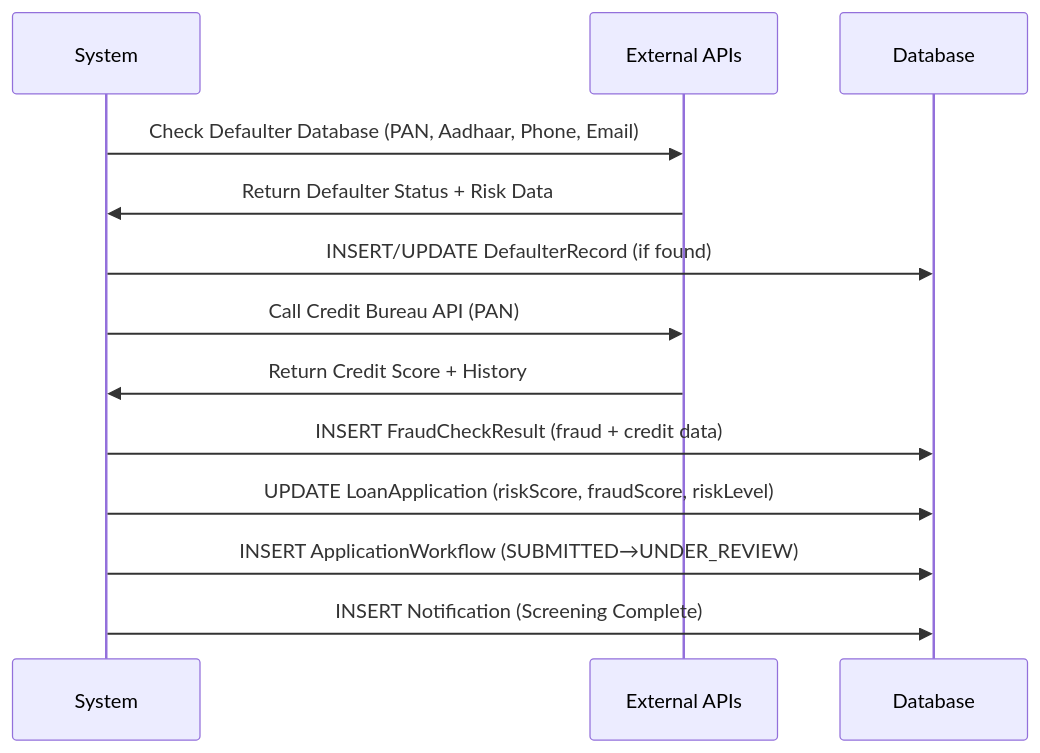
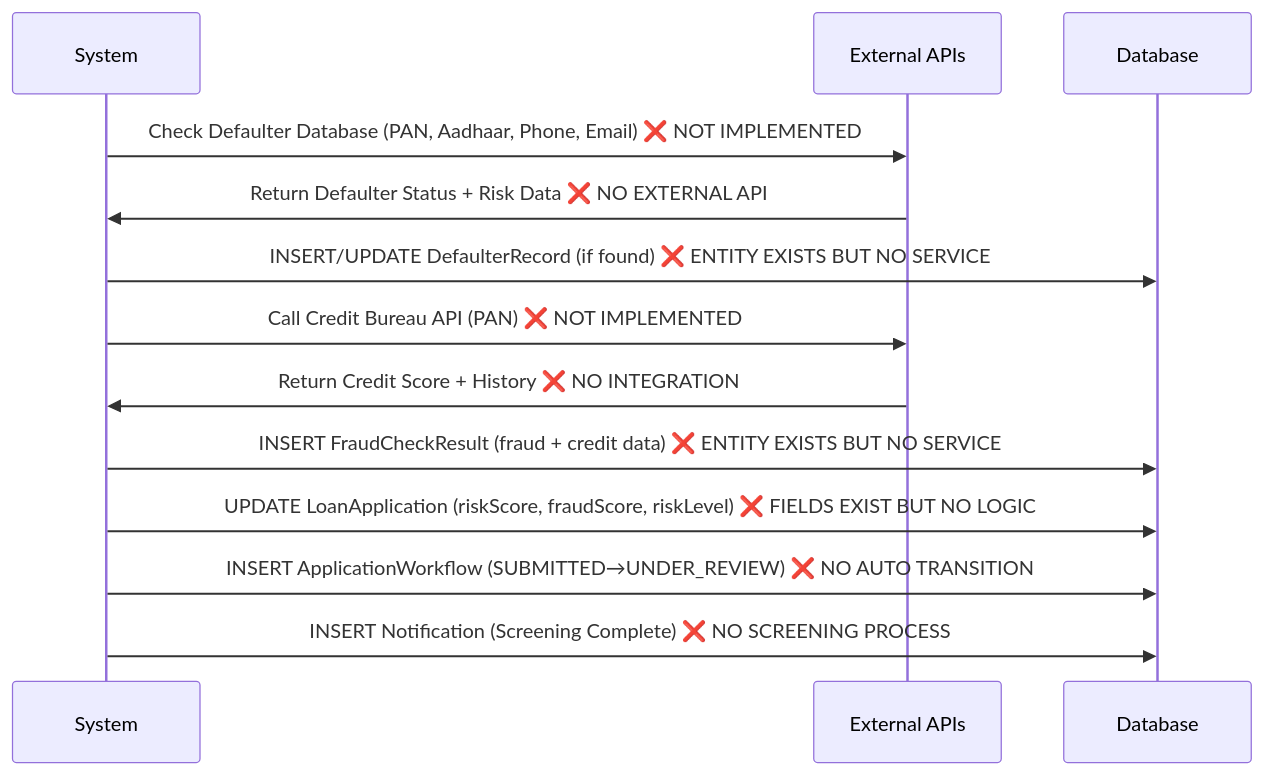
One commit to AshishDabhi1539/Loan_Screening_Project changed the third of 7 diagrams in COMPLETE_DATA_FLOW_ANALYSIS.md. Above: the diagram before and after it, drawn with Mermaid. The commit also changed other lines of this file and 29 other files, not shown here.

````diff
--- a/COMPLETE_DATA_FLOW_ANALYSIS.md
+++ b/COMPLETE_DATA_FLOW_ANALYSIS.md
@@ -80,16 +105,16 @@
 ```mermaid
 sequenceDiagram
     participant S as System
     participant EXT as External APIs
     participant DB as Database
     
-    S->>EXT: Check Defaulter Database (PAN, Aadhaar, Phone, Email)
-    EXT->>S: Return Defaulter Status + Risk Data
-    S->>DB: INSERT/UPDATE DefaulterRecord (if found)
-    S->>EXT: Call Credit Bureau API (PAN)
-    EXT->>S: Return Credit Score + History
-    S->>DB: INSERT FraudCheckResult (fraud + credit data)
-    S->>DB: UPDATE LoanApplication (riskScore, fraudScore, riskLevel)
-    S->>DB: INSERT ApplicationWorkflow (SUBMITTED→UNDER_REVIEW)
-    S->>DB: INSERT Notification (Screening Complete)
+    S->>EXT: Check Defaulter Database (PAN, Aadhaar, Phone, Email) ❌ NOT IMPLEMENTED
+    EXT->>S: Return Defaulter Status + Risk Data ❌ NO EXTERNAL API
+    S->>DB: INSERT/UPDATE DefaulterRecord (if found) ❌ ENTITY EXISTS BUT NO SERVICE
+    S->>EXT: Call Credit Bureau API (PAN) ❌ NOT IMPLEMENTED
+    EXT->>S: Return Credit Score + History ❌ NO INTEGRATION
+    S->>DB: INSERT FraudCheckResult (fraud + credit data) ❌ ENTITY EXISTS BUT NO SERVICE
+    S->>DB: UPDATE LoanApplication (riskScore, fraudScore, riskLevel) ❌ FIELDS EXIST BUT NO LOGIC
+    S->>DB: INSERT ApplicationWorkflow (SUBMITTED→UNDER_REVIEW) ❌ NO AUTO TRANSITION
+    S->>DB: INSERT Notification (Screening Complete) ❌ NO SCREENING PROCESS
 ```
````
